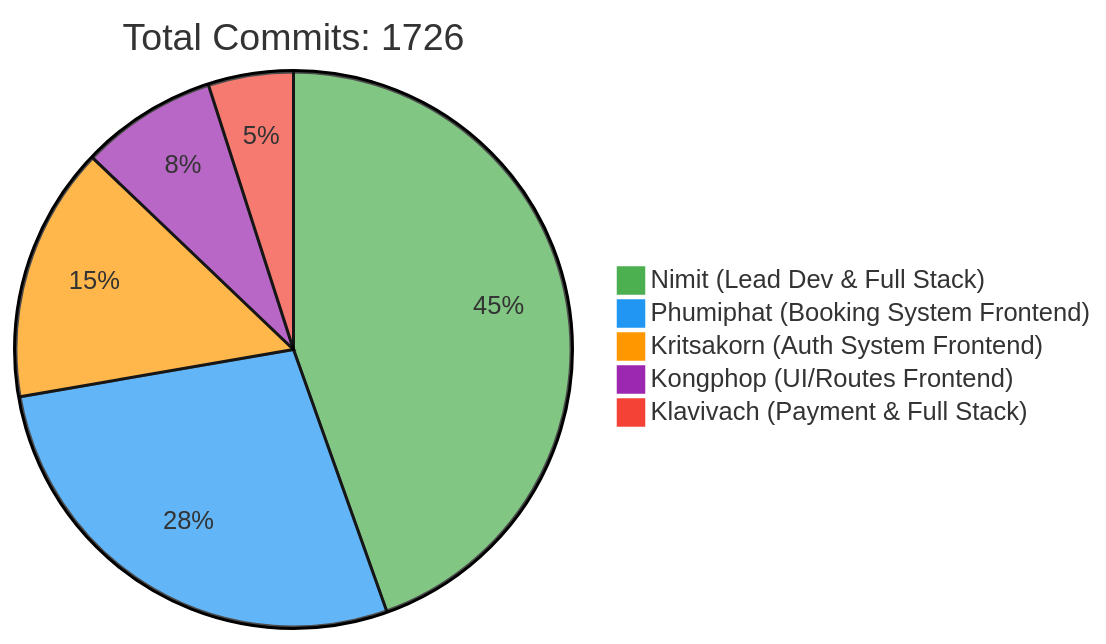
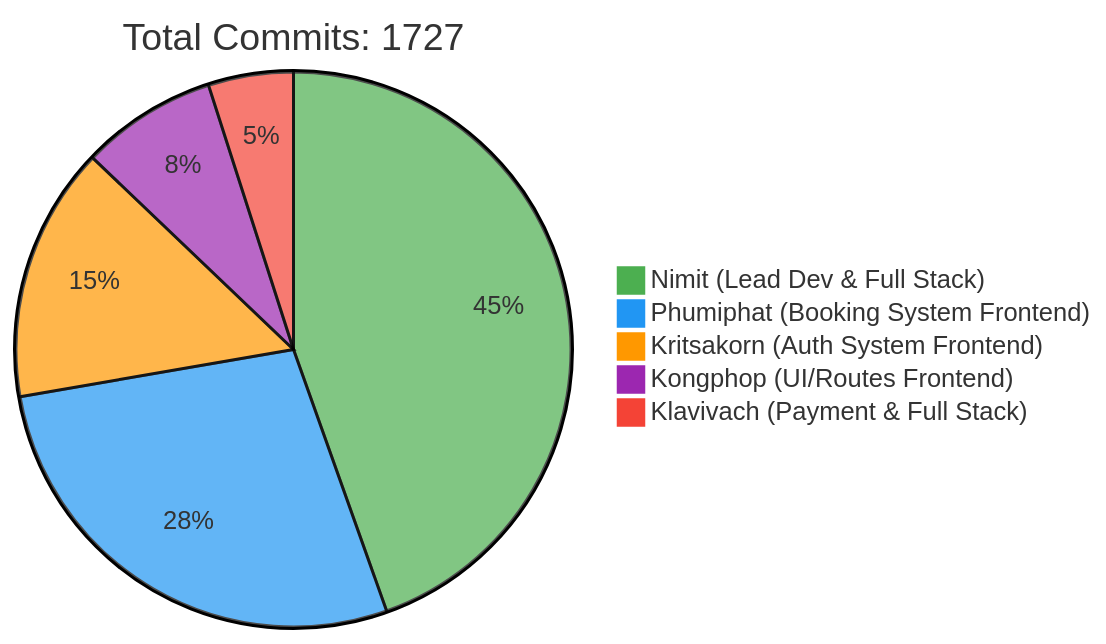
One commit to 6531503042/Sport-Complex changed the first of 2 diagrams in README.md. Above: the diagram before and after it, drawn with Mermaid. The commit also changed other lines of this file, not shown here.

Commit message:
docs: Update contributor statistics [skip ci]

````diff
--- a/README.md
+++ b/README.md
@@ -257,10 +257,10 @@
 ```mermaid
 %%{init: {'theme': 'base', 'themeVariables': { 'pie1': '#4CAF50', 'pie2': '#2196F3', 'pie3': '#FF9800', 'pie4': '#9C27B0', 'pie5': '#F44336'}}}%%
 pie
-    title Total Commits: 1726
+    title Total Commits: 1727
     "Nimit (Lead Dev & Full Stack)" : 450
     "Phumiphat (Booking System Frontend)" : 280
     "Kritsakorn (Auth System Frontend)" : 150
     "Kongphop (UI/Routes Frontend)" : 80
     "Klavivach (Payment & Full Stack)" : 50
 ```
````
